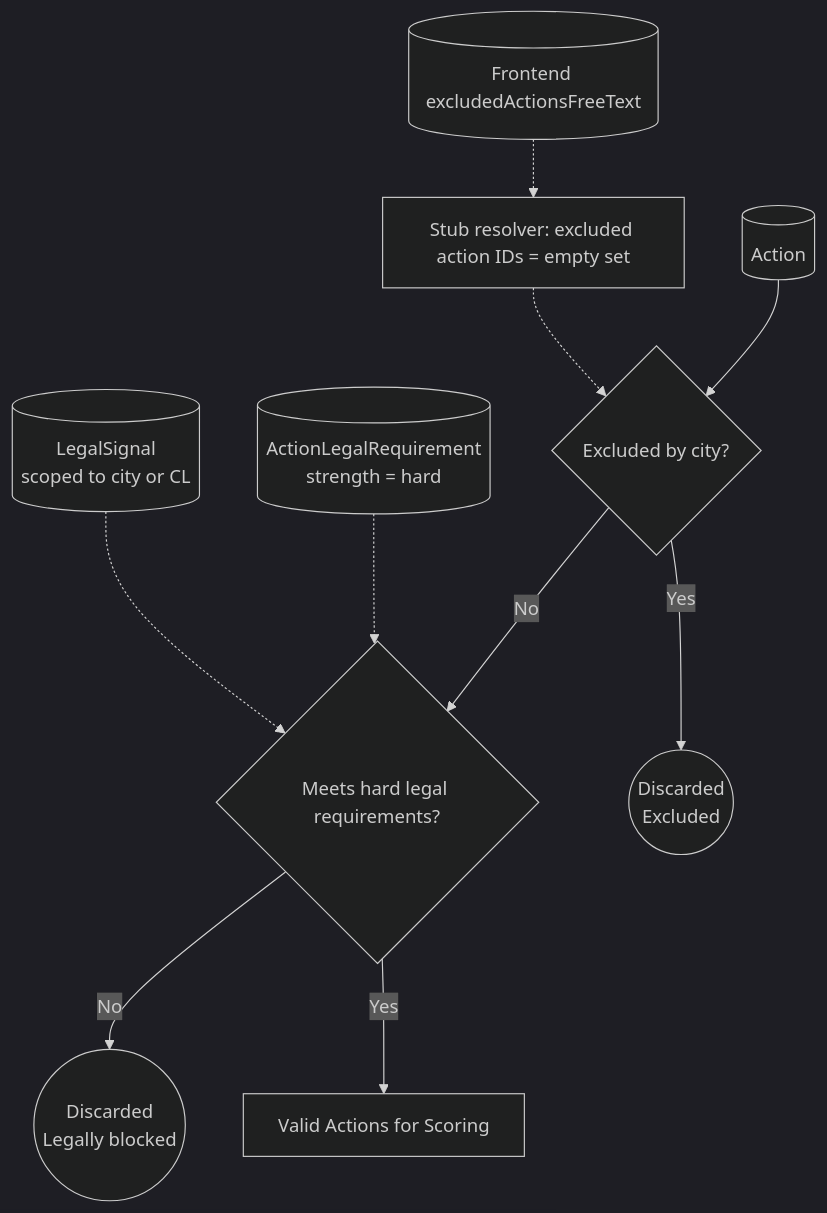
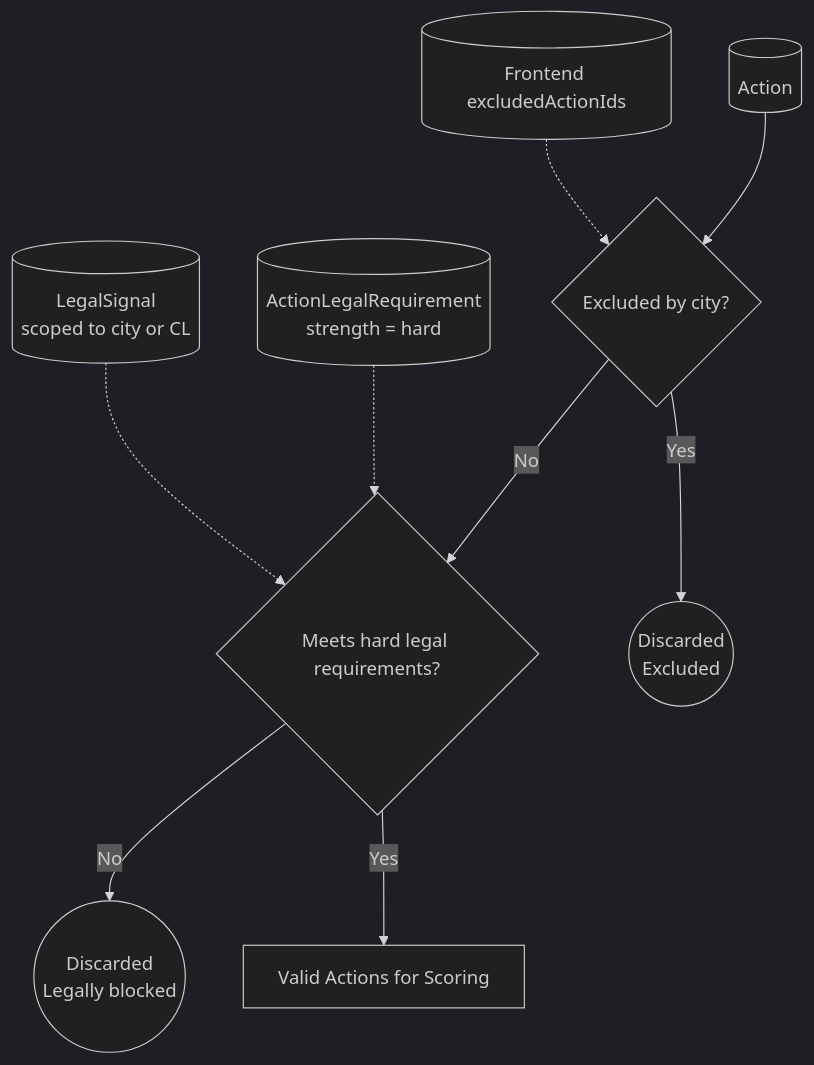
The first of 5 diagrams in hiap-meed/docs/detailed-block-architecture.md (Open-Earth-Foundation/CityCatalyst), drawn with Mermaid (dark theme) before and after one commit. The commit also changed other lines of this file and 25 other files, not shown here.

````diff
--- a/hiap-meed/docs/detailed-block-architecture.md
+++ b/hiap-meed/docs/detailed-block-architecture.md
@@ -43,28 +44,26 @@
 ```mermaid
 graph TD
   ActionTbl[(Action)]
-  FreeText[(Frontend excludedActionsFreeText)]
-  ExclResolver[Stub resolver: excluded action IDs = empty set]
+  Confirmed[(Frontend excludedActionIds)]
   ReqTbl[(ActionLegalRequirement<br/>strength = hard)]
   SigTbl[(LegalSignal<br/>scoped to city or CL)]
 
   Excl{Excluded by city?}
   Legal{Meets hard legal requirements?}
 
   DiscardExcl((Discarded<br/>Excluded))
   DiscardLegal((Discarded<br/>Legally blocked))
   Valid[Valid Actions for Scoring]
 
   ActionTbl --> Excl
-  FreeText -.-> ExclResolver
-  ExclResolver -.-> Excl
+  Confirmed -.-> Excl
 
   Excl -- Yes --> DiscardExcl
   Excl -- No --> Legal
 
   ReqTbl -.-> Legal
   SigTbl -.-> Legal
 
   Legal -- No --> DiscardLegal
   Legal -- Yes --> Valid
 ```
````
